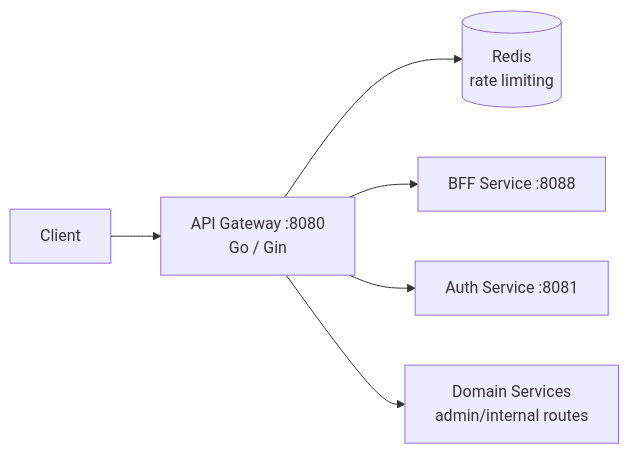
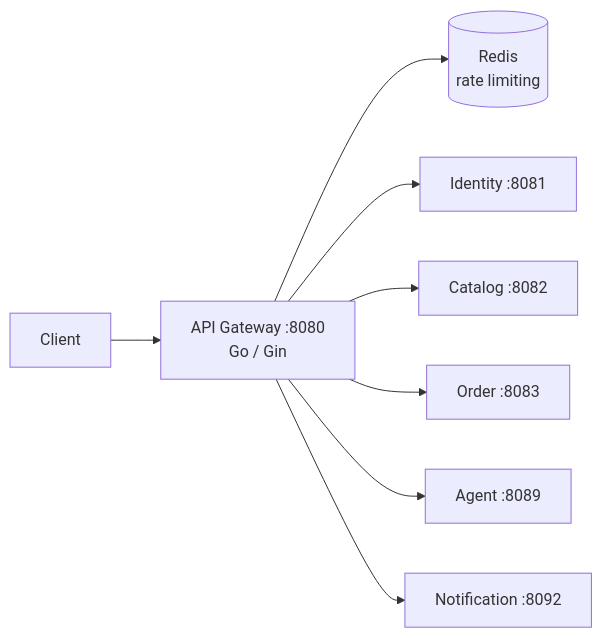
One commit to yashrajoria/E-Commerce-backend changed the diagram in backend/api-gateway/README.md. Above: the diagram before and after it, drawn with Mermaid. The commit also changed other lines of this file and 32 other files, not shown here.

First line of the commit message:
consolidation: wire 5-service topology across compose, gateway, CI, docs

````diff
--- a/backend/api-gateway/README.md
+++ b/backend/api-gateway/README.md
@@ -16,8 +15,10 @@
 ```mermaid
 flowchart LR
   Client[Client] --> Gateway[API Gateway :8080\nGo / Gin]
   Gateway --> Redis[(Redis\nrate limiting)]
-  Gateway --> BFF[BFF Service :8088]
-  Gateway --> Auth[Auth Service :8081]
-  Gateway --> Domain[Domain Services\nadmin/internal routes]
+  Gateway --> Identity[Identity :8081]
+  Gateway --> Catalog[Catalog :8082]
+  Gateway --> Order[Order :8083]
+  Gateway --> Agent[Agent :8089]
+  Gateway --> Notif[Notification :8092]
 ```
````
